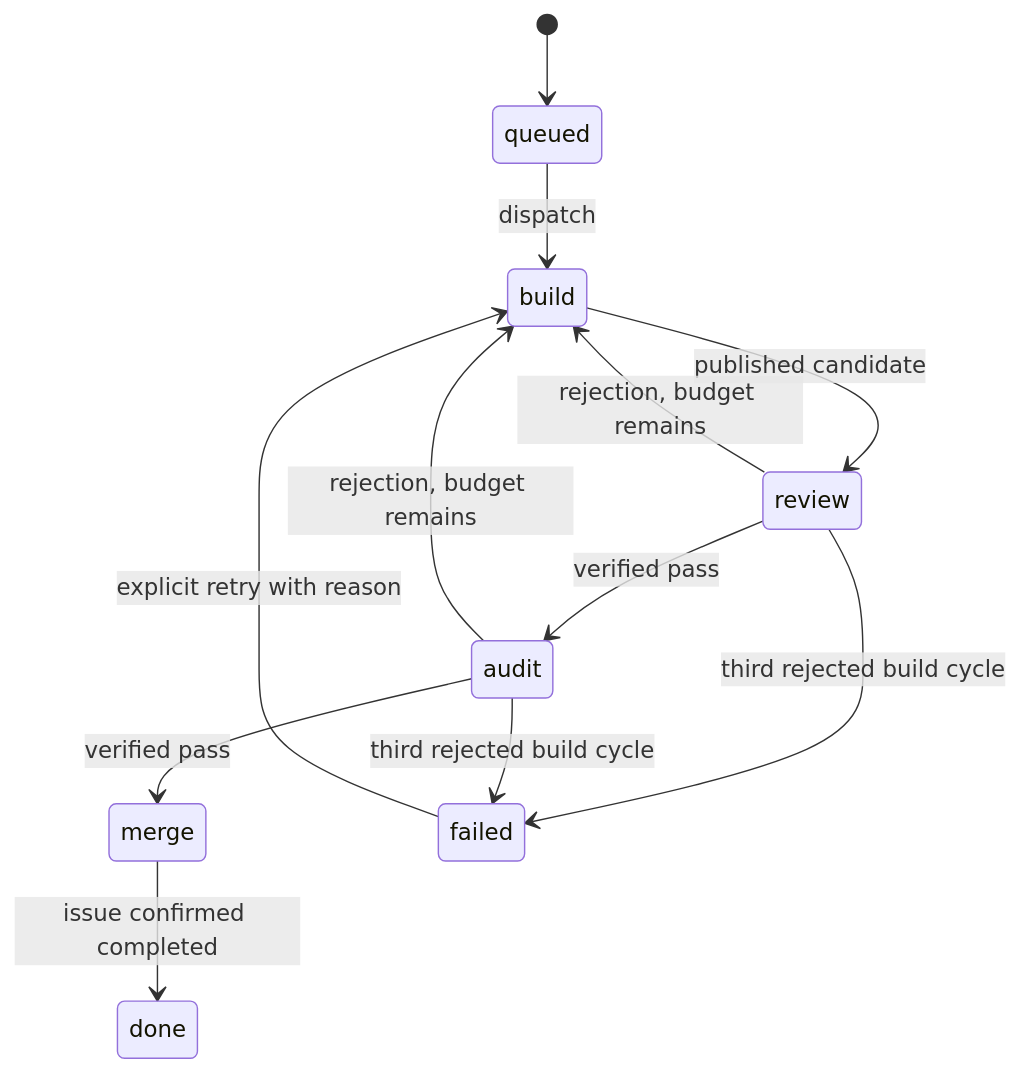
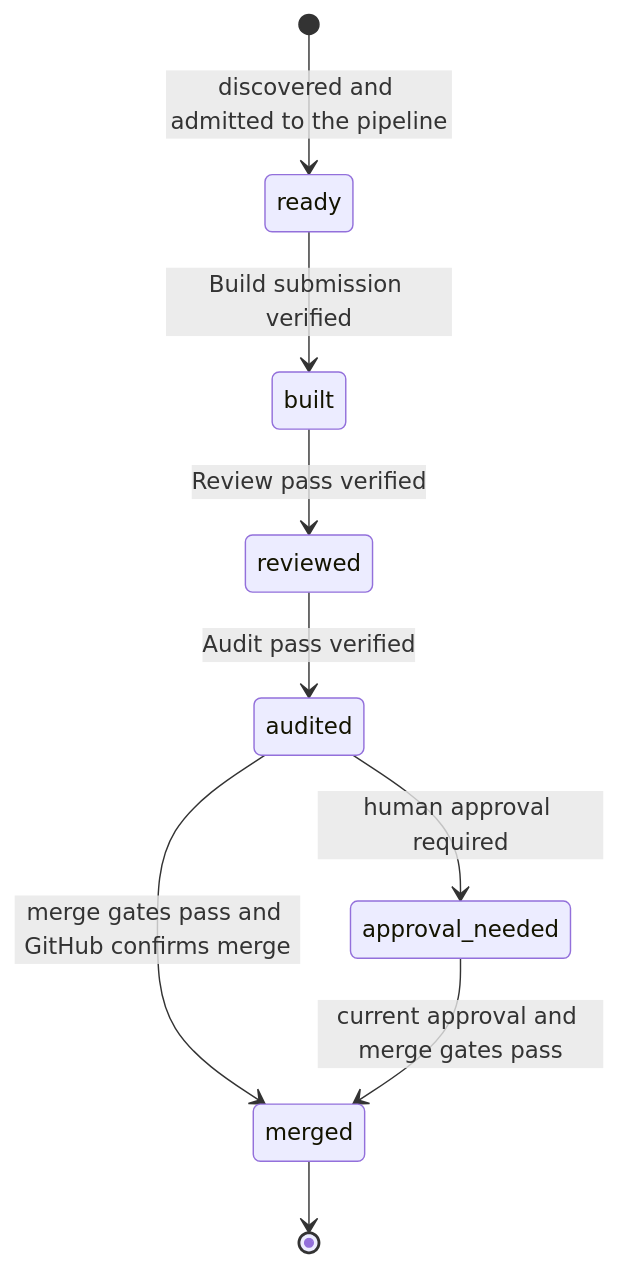
The first of 3 diagrams in docs/issue-state-machine.md (XRPL-Commons/forge), drawn with Mermaid before and after one commit. The commit also changed other lines of this file and 5 other files, not shown here.

````diff
--- a/docs/issue-state-machine.md
+++ b/docs/issue-state-machine.md
@@ -7,14 +71,11 @@
 ```mermaid
 stateDiagram-v2
-    [*] --> queued
-    queued --> build: dispatch
-    build --> review: published candidate
-    review --> audit: verified pass
-    review --> build: rejection, budget remains
-    audit --> build: rejection, budget remains
-    audit --> merge: verified pass
-    merge --> done: issue confirmed completed
-    review --> failed: third rejected build cycle
-    audit --> failed: third rejected build cycle
-    failed --> build: explicit retry with reason
+    [*] --> ready: discovered and admitted to the pipeline
+    ready --> built: Build submission verified
+    built --> reviewed: Review pass verified
+    reviewed --> audited: Audit pass verified
+    audited --> approval_needed: human approval required
+    audited --> merged: merge gates pass and GitHub confirms merge
+    approval_needed --> merged: current approval and merge gates pass
+    merged --> [*]
 ```
````
